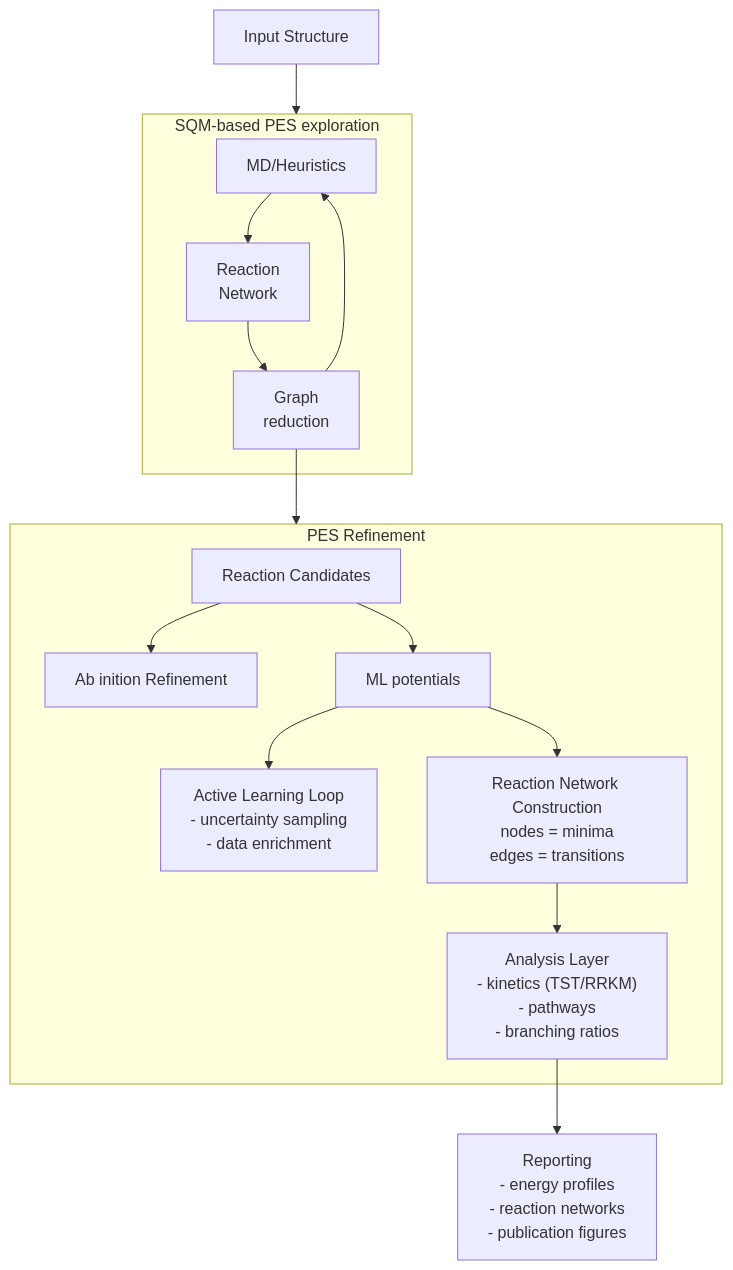
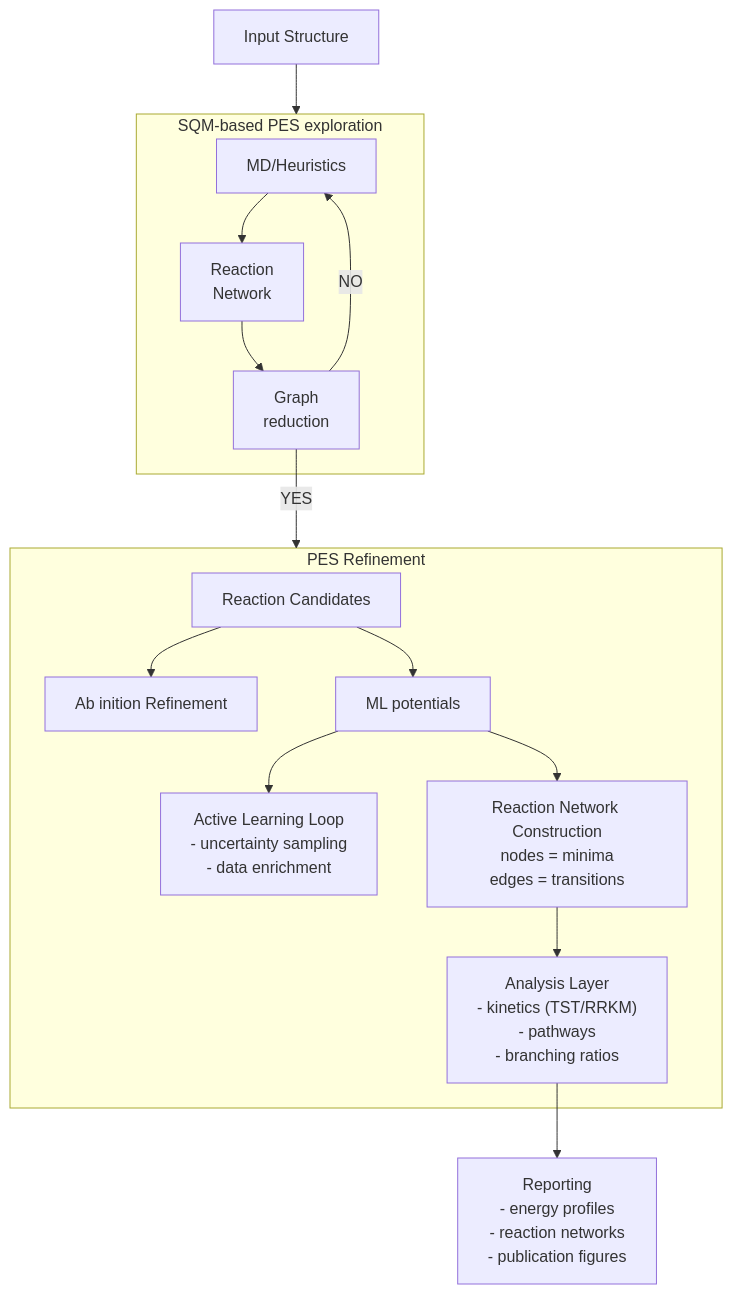
One commit to emartineznunez/mermaid changed the diagram in diagrams/diagrama.mmd. Above: the diagram before and after it, drawn with Mermaid.

```diff
--- a/diagrams/diagrama.mmd
+++ b/diagrams/diagrama.mmd
@@ -1,57 +1,57 @@
 flowchart TD
 
 %% =========================
 %% Input
 %% =========================
 A["Input Structure"]
 
 %% =========================
 %% Exploration layer
 %% =========================
 subgraph EXP[SQM-based PES exploration]
 B1["MD/Heuristics"]
 B1 --> B2["Reaction\n Network"]
 B2 --> B3["Graph\n reduction"]
-B3 --> B1
+B3 -->|NO| B1
 end
 
 A --> EXP
 
 %% =========================
 %% Refinement layer
 %% =========================
 subgraph REF[PES Refinement]
 
 %% =========================
 %% Reaction discovery
 %% =========================
 C[Reaction Candidates]
 
 %% =========================
 %% Refinement
 %% =========================
 C --> D["Ab inition Refinement"]
 C --> E["ML potentials"]
 
 %% =========================
 %% Active learning loop
 %% =========================
 E --> F["Active Learning Loop\n- uncertainty sampling\n- data enrichment"]
 
 %% =========================
 %% Network construction
 %% =========================
 E --> G["Reaction Network Construction\nnodes = minima\nedges = transitions"]
 
 %% =========================
 %% Analysis
 %% =========================
 G --> H["Analysis Layer\n- kinetics (TST/RRKM)\n- pathways\n- branching ratios"]
 end 
 
-B3 --> REF 
+B3 -->|YES| REF 
 
 %% =========================
 %% Output
 %% =========================
 H --> I["Reporting\n- energy profiles\n- reaction networks\n- publication figures"]
```
